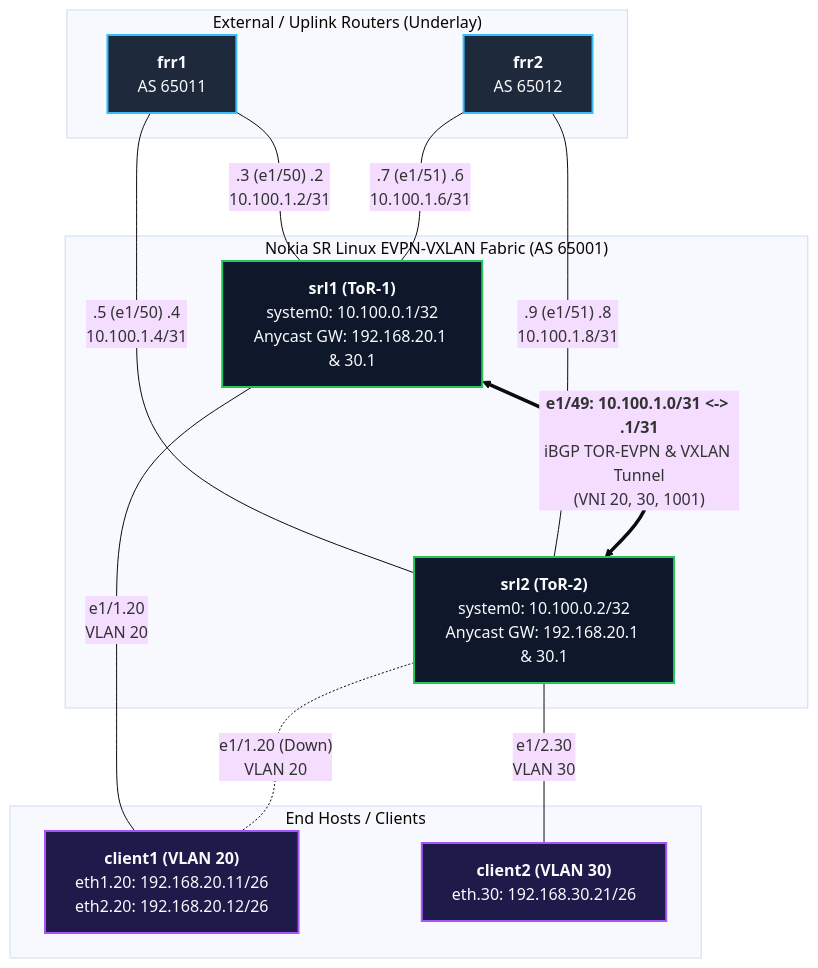
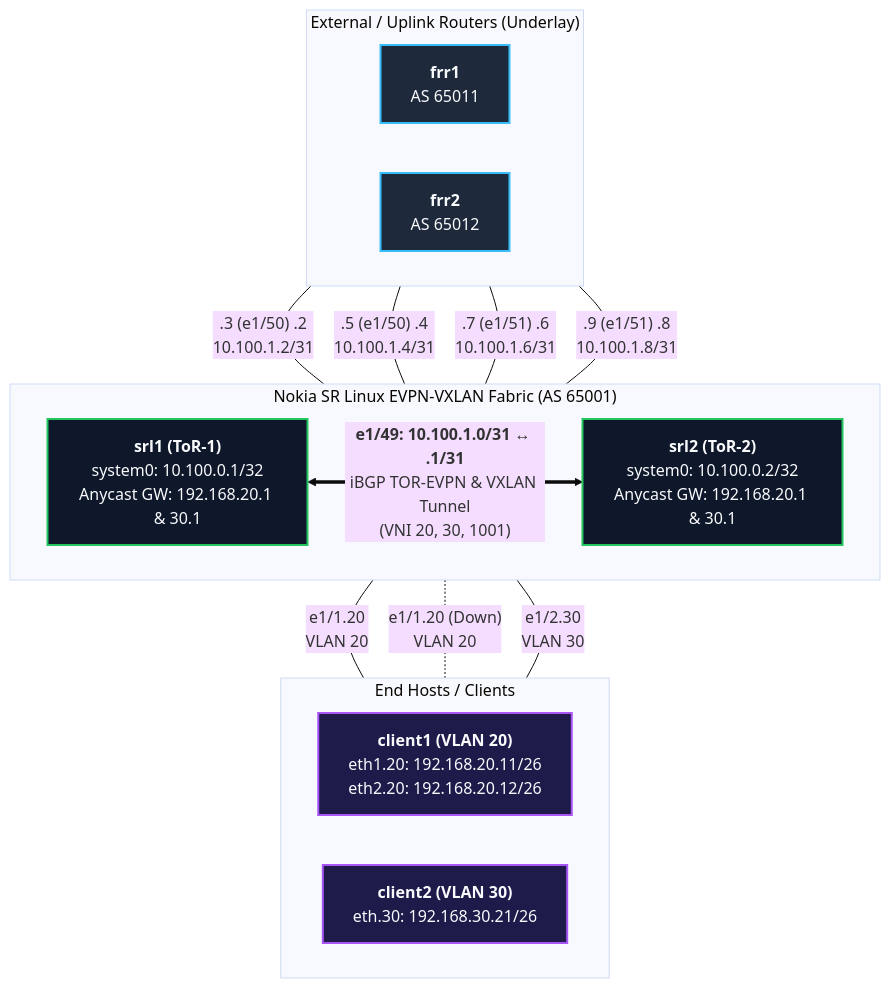
One commit to rizkyekasaputra/srlinux-evpn-vxlan-irb-lab changed the diagram in README.md. Above: the diagram before and after it, drawn with Mermaid (base theme).

````diff
--- a/README.md
+++ b/README.md
@@ -17,40 +17,41 @@
 ```mermaid
-graph TD
+flowchart TB
     subgraph External_Routers ["External / Uplink Routers (Underlay)"]
+        direction LR
         FRR1["<b>frr1</b><br/>AS 65011"]
         FRR2["<b>frr2</b><br/>AS 65012"]
     end
 
     subgraph ToR_Fabric ["Nokia SR Linux EVPN-VXLAN Fabric (AS 65001)"]
+        direction LR
         SRL1["<b>srl1 (ToR-1)</b><br/>system0: 10.100.0.1/32<br/>Anycast GW: 192.168.20.1 & 30.1"]
         SRL2["<b>srl2 (ToR-2)</b><br/>system0: 10.100.0.2/32<br/>Anycast GW: 192.168.20.1 & 30.1"]
+        SRL1 <==>|"<b>e1/49: 10.100.1.0/31 ↔ .1/31</b><br/>iBGP TOR-EVPN & VXLAN Tunnel<br/>(VNI 20, 30, 1001)"| SRL2
     end
 
     subgraph Compute_Hosts ["End Hosts / Clients"]
+        direction LR
         C1["<b>client1 (VLAN 20)</b><br/>eth1.20: 192.168.20.11/26<br/>eth2.20: 192.168.20.12/26"]
         C2["<b>client2 (VLAN 30)</b><br/>eth.30: 192.168.30.21/26"]
     end
 
     %% Uplink Connections (eBGP)
     FRR1 ---|".3 (e1/50) .2<br/>10.100.1.2/31"| SRL1
     FRR1 ---|".5 (e1/50) .4<br/>10.100.1.4/31"| SRL2
     FRR2 ---|".7 (e1/51) .6<br/>10.100.1.6/31"| SRL1
     FRR2 ---|".9 (e1/51) .8<br/>10.100.1.8/31"| SRL2
-
-    %% Inter-ToR Peering (iBGP EVPN + Underlay)
-    SRL1 <==>|"<b>e1/49: 10.100.1.0/31 <-> .1/31</b><br/>iBGP TOR-EVPN & VXLAN Tunnel<br/>(VNI 20, 30, 1001)"| SRL2
 
     %% Downlink to Clients
     SRL1 ---|"e1/1.20<br/>VLAN 20"| C1
     SRL2 -.-|"e1/1.20 (Down)<br/>VLAN 20"| C1
     SRL2 ---|"e1/2.30<br/>VLAN 30"| C2
 
     %% Styling
     classDef router fill:#1e293b,stroke:#38bdf8,stroke-width:2px,color:#f8fafc;
     classDef switch fill:#0f172a,stroke:#22c55e,stroke-width:2px,color:#f8fafc;
     classDef host fill:#1e1b4b,stroke:#a855f7,stroke-width:2px,color:#f8fafc;
 
     class FRR1,FRR2 router;
     class SRL1,SRL2 switch;
     class C1,C2 host;
 ```
````
